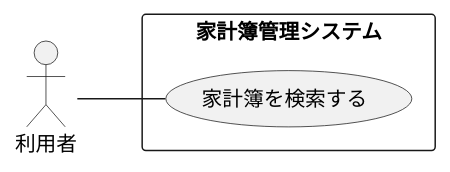
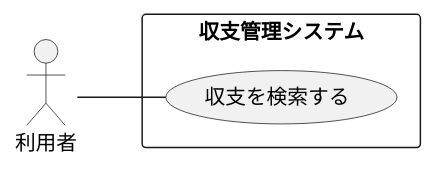
The diagram in zosma/sphinx/requirements.rst (Leonis0813/chort), drawn with PlantUML before and after one commit. The commit also changed other lines of this file, not shown here.

```diff
--- a/zosma/sphinx/requirements.rst
+++ b/zosma/sphinx/requirements.rst
@@ -10,8 +10,8 @@
 .. uml::
 
    left to right direction
    skinparam packageStyle rect
    actor 利用者
-   rectangle 家計簿管理システム {
-     利用者 -- (家計簿を検索する)
+   rectangle 収支管理システム {
+     利用者 -- (収支を検索する)
    }
```
